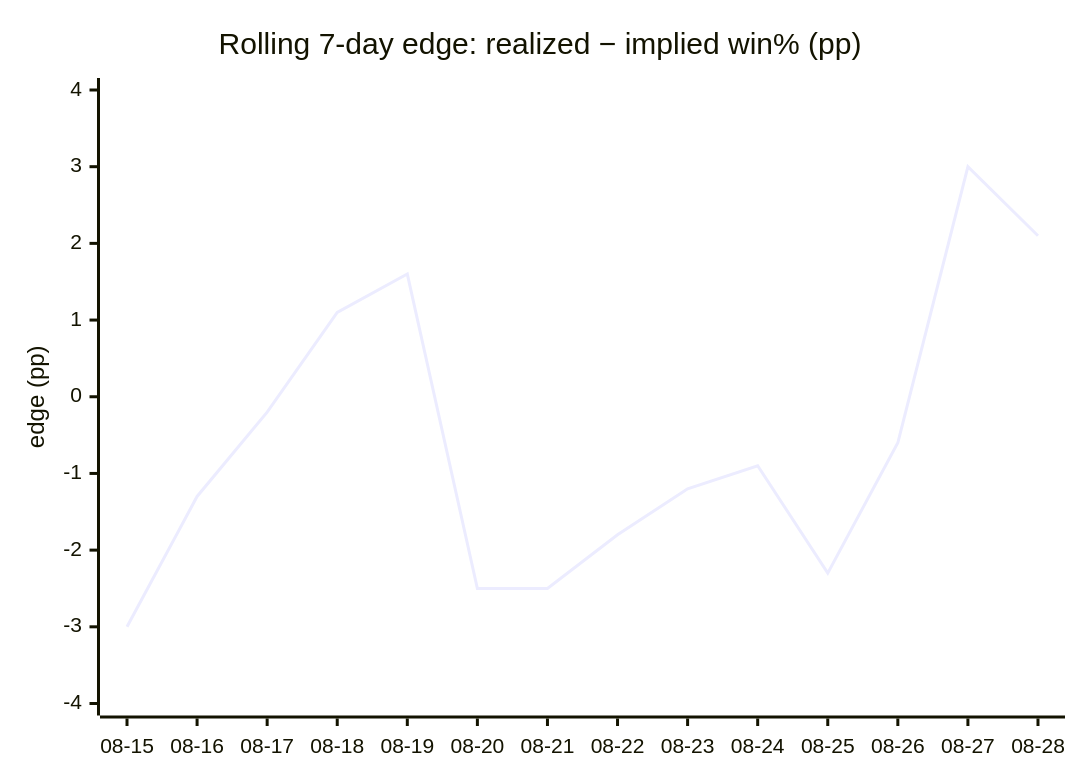
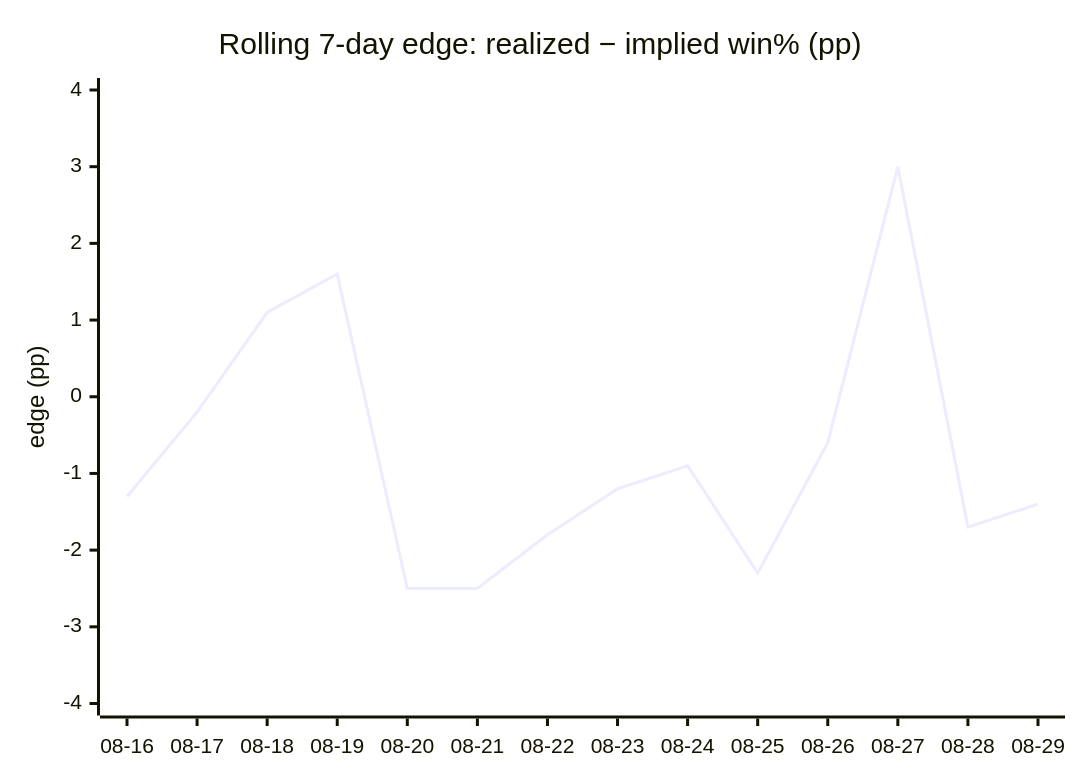
Before and after one commit to dpk1212/nhl-savant: the fourth of 4 diagrams in DAILY_AGSU_REPORT.md, drawn with Mermaid. The commit also changed other lines of this file, not shown here.

````diff
--- a/DAILY_AGSU_REPORT.md
+++ b/DAILY_AGSU_REPORT.md
@@ -841,7 +849,7 @@
 ```mermaid
 xychart-beta
     title "Rolling 7-day edge: realized − implied win% (pp)"
-    x-axis ["08-15", "08-16", "08-17", "08-18", "08-19", "08-20", "08-21", "08-22", "08-23", "08-24", "08-25", "08-26", "08-27", "08-28"]
+    x-axis ["08-16", "08-17", "08-18", "08-19", "08-20", "08-21", "08-22", "08-23", "08-24", "08-25", "08-26", "08-27", "08-28", "08-29"]
     y-axis "edge (pp)" -4 --> 4
-    line [-3, -1.3, -0.2, 1.1, 1.6, -2.5, -2.5, -1.8, -1.2, -0.9, -2.3, -0.6, 3, 2.1]
+    line [-1.3, -0.2, 1.1, 1.6, -2.5, -2.5, -1.8, -1.2, -0.9, -2.3, -0.6, 3, -1.7, -1.4]
 ```
````
